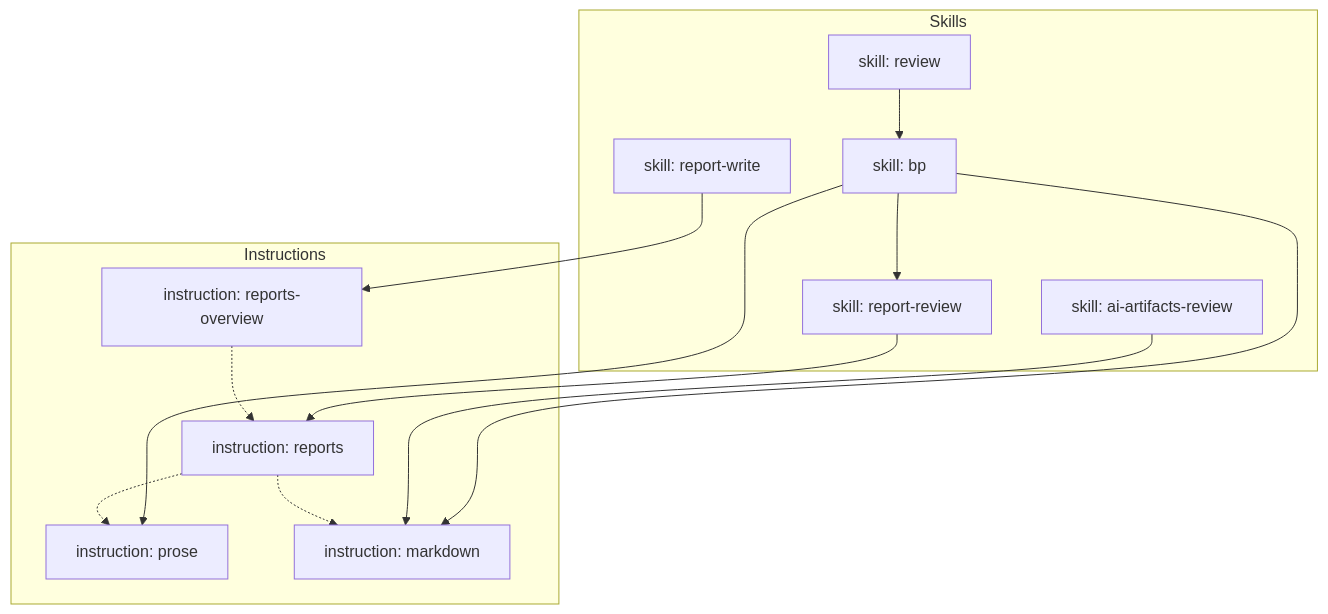
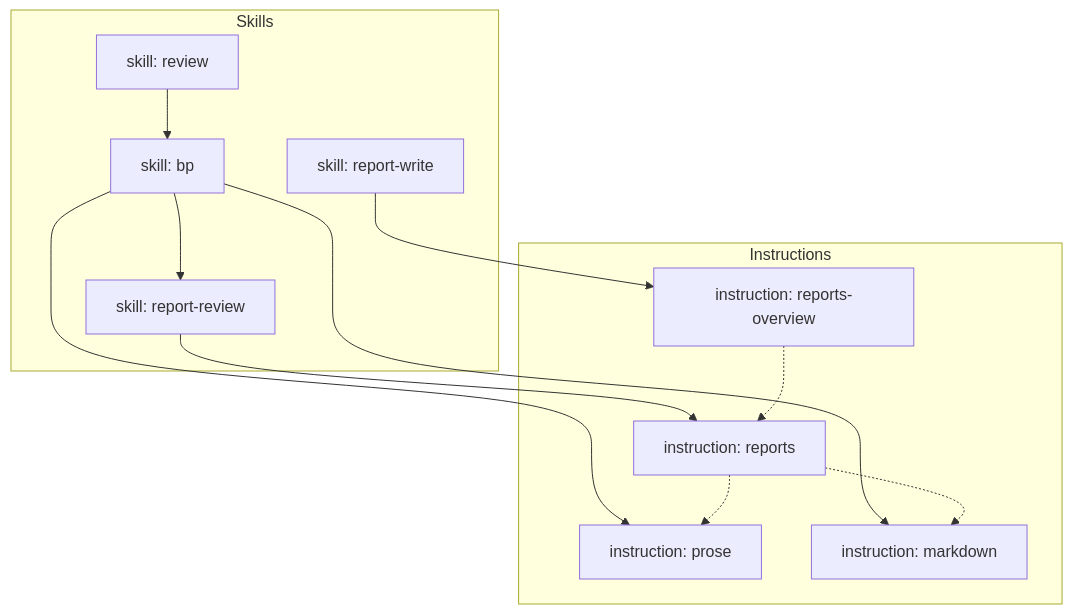
The diagram in README.md (SavenkovIgor/railing), drawn with Mermaid before and after one commit. The commit also changed other lines of this file and 2 other files, not shown here.

Commit message:
Remove the ai-artifacts-review skill (#91)
* Bump version to 10.0.0

Removing the ai-artifacts-review skill breaks invocation by name.

Claude-Session: https://claude.ai/code/session_01TJCPRC4AyajDh2XH62yU6c

* Remove the ai-artifacts-review skill

Its useful checks now live in bp. Drop the skill and its entries in the
README tree and mermaid diagram.

Claude-Session: https://claude.ai/code/session_01TJCPRC4AyajDh2XH62yU6c

---------

````diff
--- a/README.md
+++ b/README.md
@@ -46,28 +45,26 @@
 ```mermaid
 flowchart TD
     subgraph SK["Skills"]
         BP["skill: bp"]
         RR["skill: report-review"]
         RW["skill: report-write"]
-        AAR["skill: ai-artifacts-review"]
         RV["skill: review"]
     end
 
     subgraph IN["Instructions"]
         REP["instruction: reports"]
         RO["instruction: reports-overview"]
         PR["instruction: prose"]
         MD["instruction: markdown"]
     end
 
     BP --> RR
     RV --> BP
     BP --> PR
     BP --> MD
     RR --> REP
     RW --> RO
-    AAR --> MD
     RO -.-> REP
     REP -.-> PR
     REP -.-> MD
 ```
````
